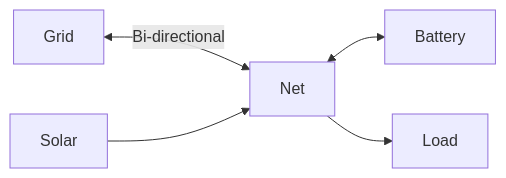
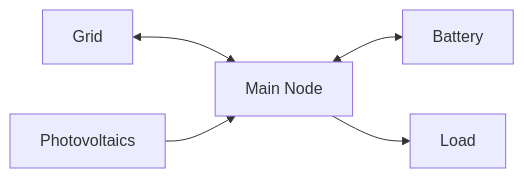
Before and after one commit to hass-energy/haeo: the diagram in docs/user-guide/configuration.md, drawn with Mermaid. The commit also changed other lines of this file and 35 other files, not shown here.

````diff
--- a/docs/user-guide/configuration.md
+++ b/docs/user-guide/configuration.md
@@ -91,7 +107,7 @@
 ```mermaid
 graph LR
-    Grid[Grid] <-->|Bi-directional| Net[Net]
+    Grid[Grid] <--> Net[Main Node]
     Net <--> Battery[Battery]
-    Solar[Solar] --> Net
+    Solar[Photovoltaics] --> Net
     Net --> Load[Load]
 ```
````
